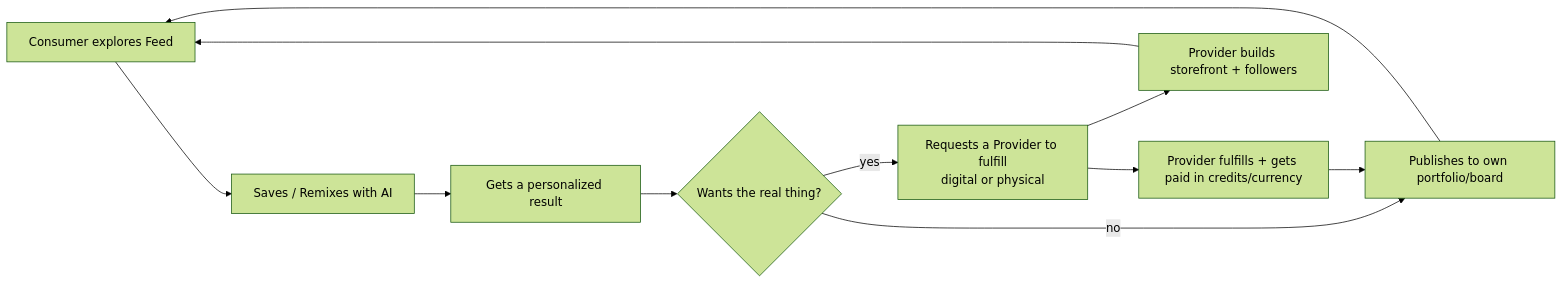
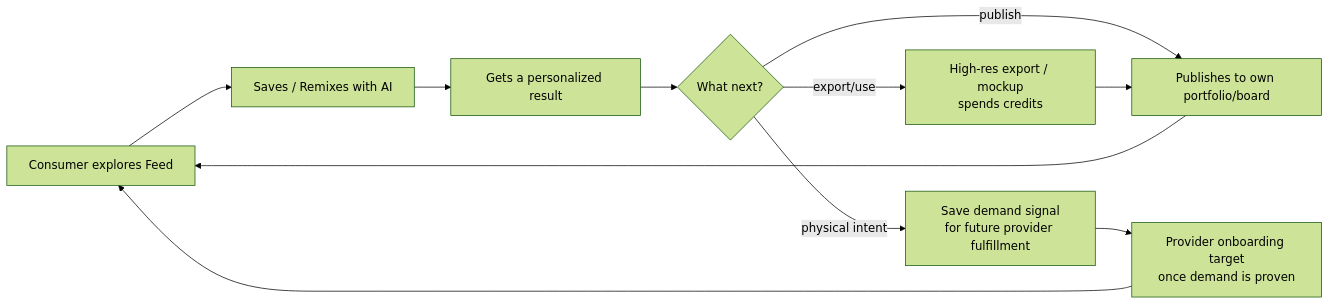
Before and after one commit to kr-premsingh/ProductDesignOS: the diagram in docs/01-vision-and-strategy.md, drawn with Mermaid (forest theme). The commit also changed other lines of this file and 12 other files, not shown here.

````diff
--- a/docs/01-vision-and-strategy.md
+++ b/docs/01-vision-and-strategy.md
@@ -41,13 +41,13 @@
 ```mermaid
 flowchart LR
     A[Consumer explores Feed] --> B[Saves / Remixes with AI]
     B --> C[Gets a personalized result]
-    C --> D{Wants the real thing?}
-    D -- yes --> E[Requests a Provider to fulfill<br/>digital or physical]
-    D -- no --> F[Publishes to own portfolio/board]
-    E --> G[Provider fulfills + gets paid in credits/currency]
-    G --> F
+    C --> D{What next?}
+    D -- export/use --> E[High-res export / mockup<br/>spends credits]
+    D -- publish --> F[Publishes to own portfolio/board]
+    D -- physical intent --> G[Save demand signal<br/>for future provider fulfillment]
+    E --> F
     F --> A
-    E --> H[Provider builds storefront + followers]
+    G --> H[Provider onboarding target<br/>once demand is proven]
     H --> A
 ```
````
